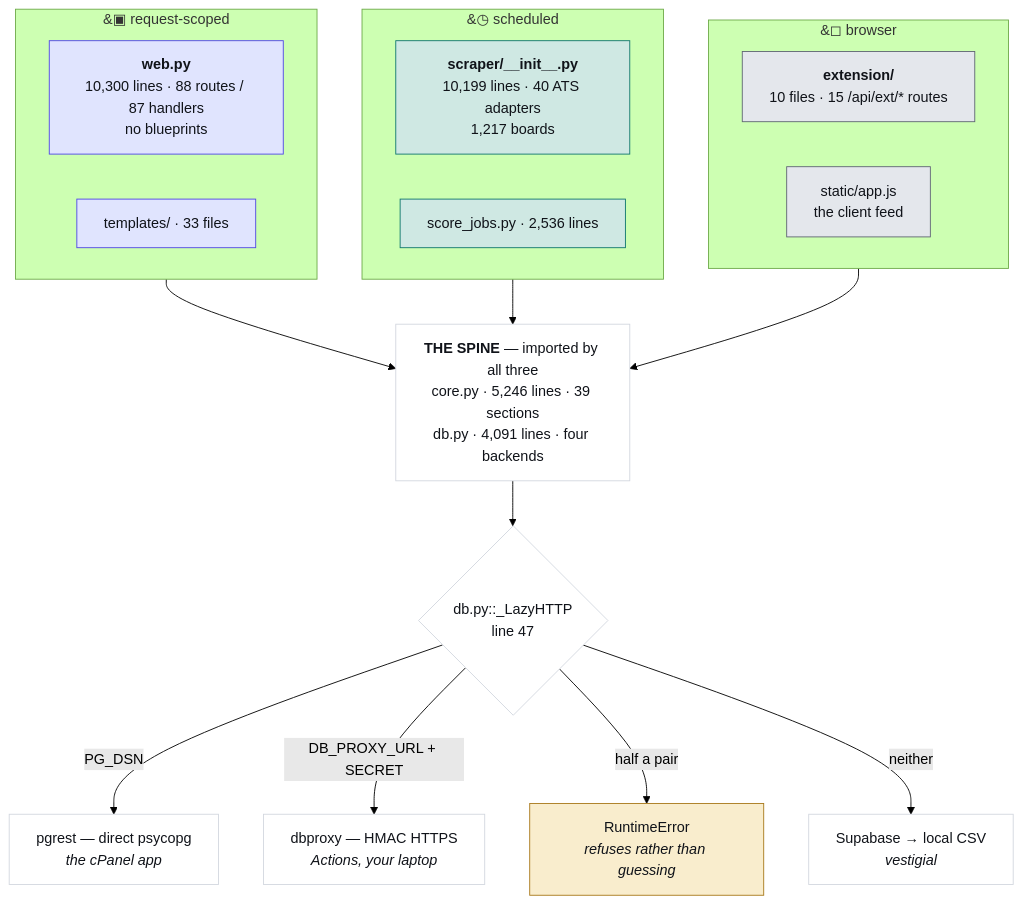
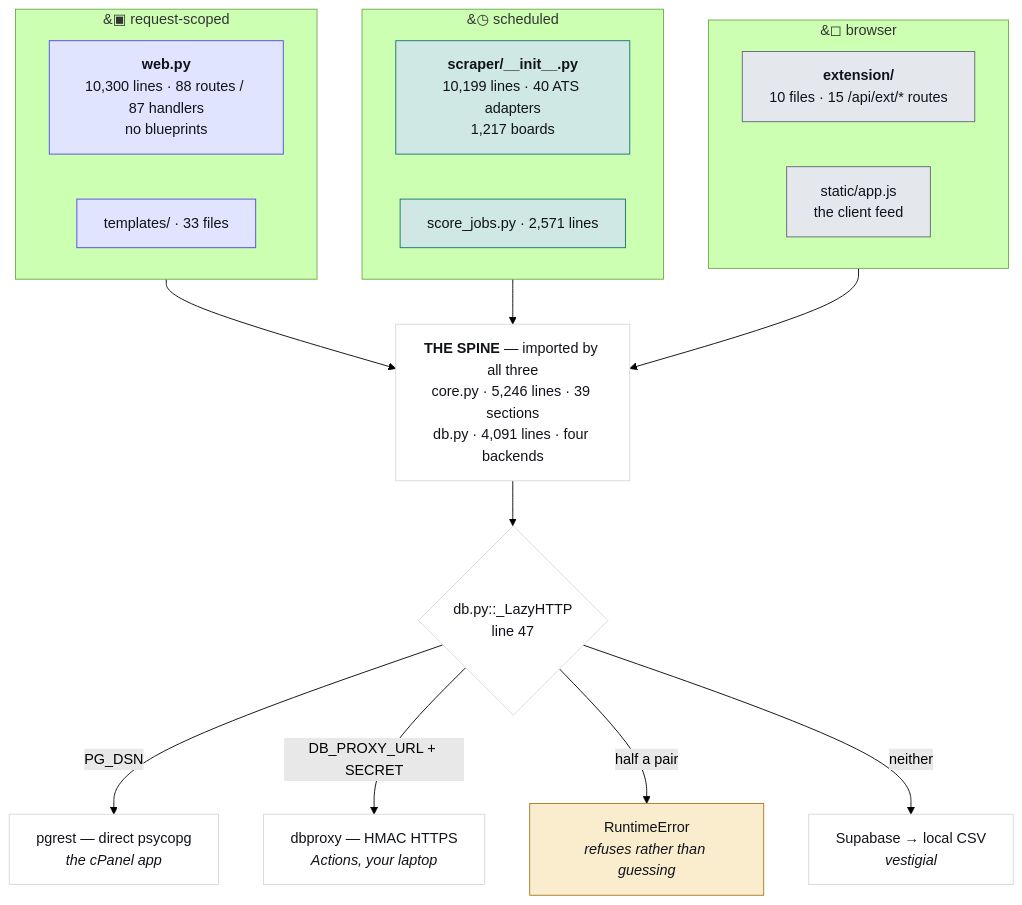
The first of 4 diagrams in JobMatch Scraper/docs/ARCHITECTURE.md (hadakunal909-debug/job-search-tool), drawn with Mermaid (forest theme) before and after one commit. The commit also changed 5 other files, not shown here.

````diff
--- a/JobMatch Scraper/docs/ARCHITECTURE.md
+++ b/JobMatch Scraper/docs/ARCHITECTURE.md
@@ -45,34 +45,34 @@
 ```mermaid
 flowchart TB
   subgraph REQ["&#9635; request-scoped"]
     W["<b>web.py</b><br/>10,300 lines · 88 routes / 87 handlers<br/>no blueprints"]
     T["templates/ · 33 files"]
   end
   subgraph SCH["&#9719; scheduled"]
     S["<b>scraper/__init__.py</b><br/>10,199 lines · 40 ATS adapters<br/>1,217 boards"]
-    J["score_jobs.py · 2,536 lines"]
+    J["score_jobs.py · 2,571 lines"]
   end
   subgraph CLI["&#9723; browser"]
     E["<b>extension/</b><br/>10 files · 15 /api/ext/* routes"]
     A["static/app.js<br/>the client feed"]
   end
   SPINE["<b>THE SPINE</b> — imported by all three<br/>core.py · 5,246 lines · 39 sections<br/>db.py · 4,091 lines · four backends"]
   REQ --> SPINE
   SCH --> SPINE
   CLI --> SPINE
   SPINE --> D{"db.py::_LazyHTTP<br/>line 47"}
   D -->|"PG_DSN"| P["pgrest — direct psycopg<br/><i>the cPanel app</i>"]
   D -->|"DB_PROXY_URL + SECRET"| X["dbproxy — HMAC HTTPS<br/><i>Actions, your laptop</i>"]
   D -->|"half a pair"| R["RuntimeError<br/><i>refuses rather than guessing</i>"]
   D -->|"neither"| V["Supabase → local CSV<br/><i>vestigial</i>"]
   classDef web fill:#e0e4fe,stroke:#4f46e5,color:#101319
   classDef sched fill:#cfe8e3,stroke:#0f766e,color:#101319
   classDef client fill:#e4e7ec,stroke:#5f6573,color:#101319
   classDef trap fill:#f9edcd,stroke:#a8781a,color:#101319
   classDef plain fill:#ffffff,stroke:#d3d7df,color:#101319
   class W,T web
   class S,J sched
   class E,A client
   class R trap
   class SPINE,D,P,X,V plain
 ```
````
